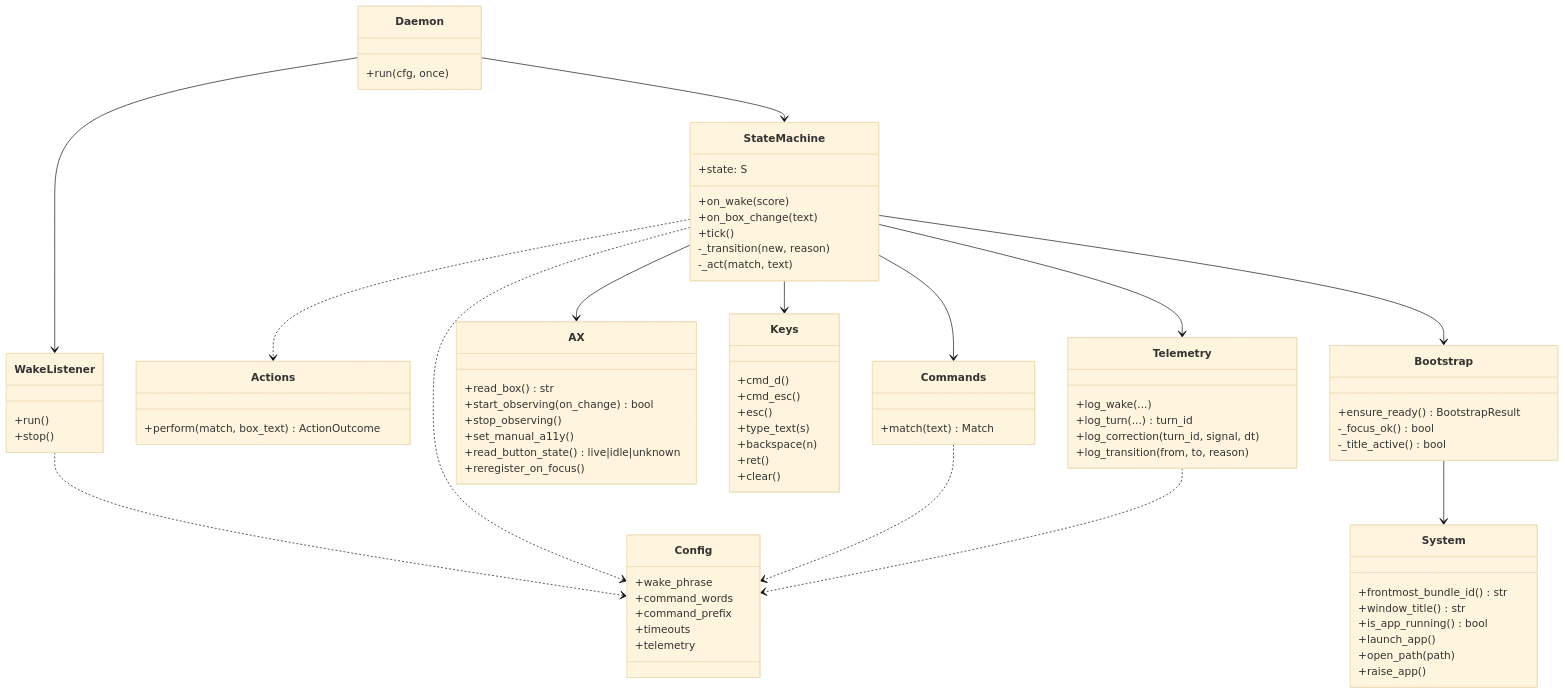
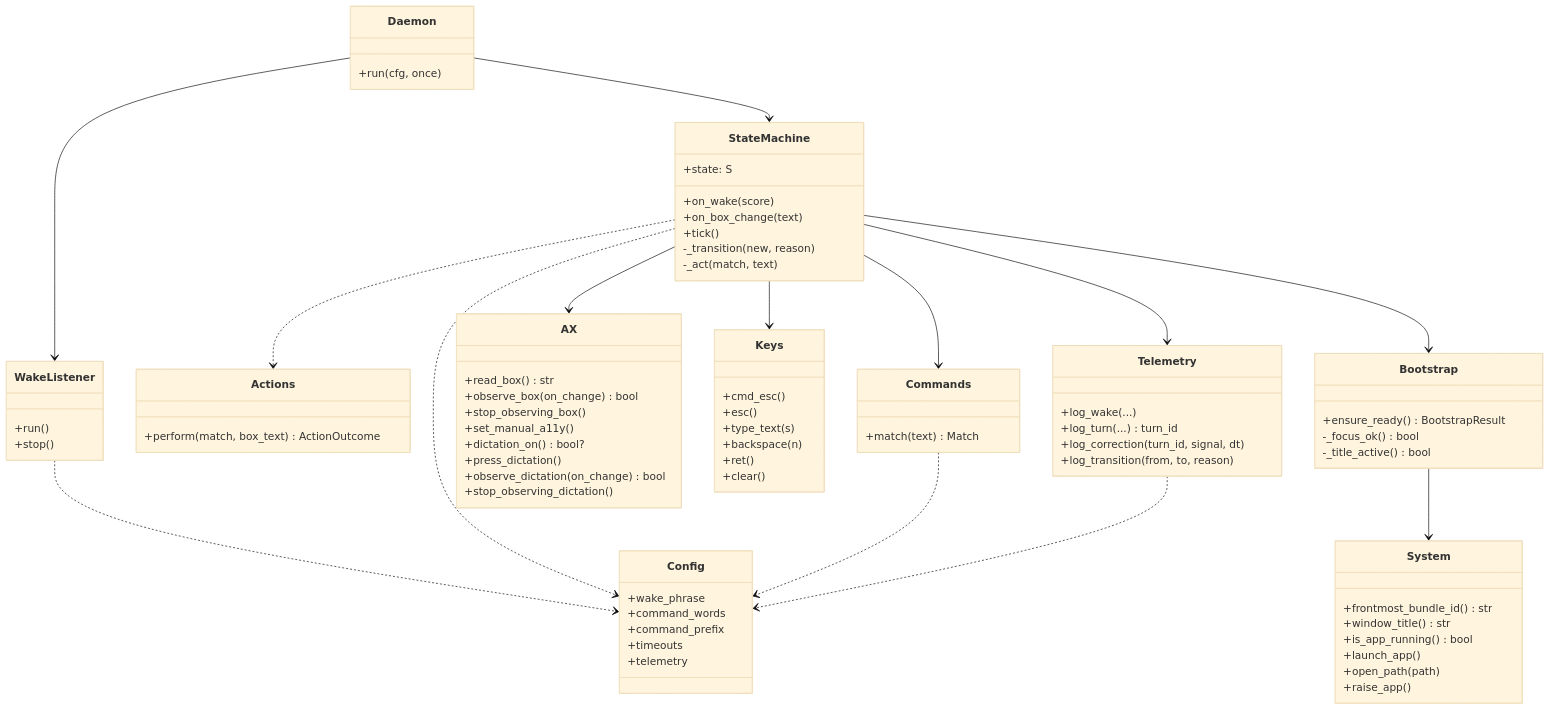
The second of 8 diagrams in docs/ARCHITECTURE.md (utkarshtrivedimdz/hey-claude), drawn with Mermaid (base theme) before and after one commit. The commit also changed other lines of this file and 18 other files, not shown here.

First line of the commit message:
feat(dictation): button-driven AXPress dictation with event-based state

````diff
--- a/docs/ARCHITECTURE.md
+++ b/docs/ARCHITECTURE.md
@@ -64,81 +65,82 @@
 ```mermaid
 classDiagram
   class Daemon {
     +run(cfg, once)
   }
   class WakeListener {
     +run()
     +stop()
   }
   class StateMachine {
     +state: S
     +on_wake(score)
     +on_box_change(text)
     +tick()
     -_transition(new, reason)
     -_act(match, text)
   }
   class Actions {
     +perform(match, box_text) ActionOutcome
   }
   class Bootstrap {
     +ensure_ready() BootstrapResult
     -_focus_ok() bool
     -_title_active() bool
   }
   class AX {
     +read_box() str
-    +start_observing(on_change) bool
-    +stop_observing()
+    +observe_box(on_change) bool
+    +stop_observing_box()
     +set_manual_a11y()
-    +read_button_state() live|idle|unknown
-    +reregister_on_focus()
+    +dictation_on() bool?
+    +press_dictation()
+    +observe_dictation(on_change) bool
+    +stop_observing_dictation()
   }
   class Keys {
-    +cmd_d()
     +cmd_esc()
     +esc()
     +type_text(s)
     +backspace(n)
     +ret()
     +clear()
   }
   class System {
     +frontmost_bundle_id() str
     +window_title() str
     +is_app_running() bool
     +launch_app()
     +open_path(path)
     +raise_app()
   }
   class Commands {
     +match(text) Match
   }
   class Telemetry {
     +log_wake(...)
     +log_turn(...) turn_id
     +log_correction(turn_id, signal, dt)
     +log_transition(from, to, reason)
   }
   class Config {
     +wake_phrase
     +command_words
     +command_prefix
     +timeouts
     +telemetry
   }
 
   Daemon --> WakeListener
   Daemon --> StateMachine
   StateMachine --> Bootstrap
   StateMachine --> Commands
   StateMachine --> Telemetry
   StateMachine --> AX
   StateMachine --> Keys
   StateMachine ..> Actions
   Bootstrap --> System
   WakeListener ..> Config
   StateMachine ..> Config
   Commands ..> Config
   Telemetry ..> Config
 ```
````
